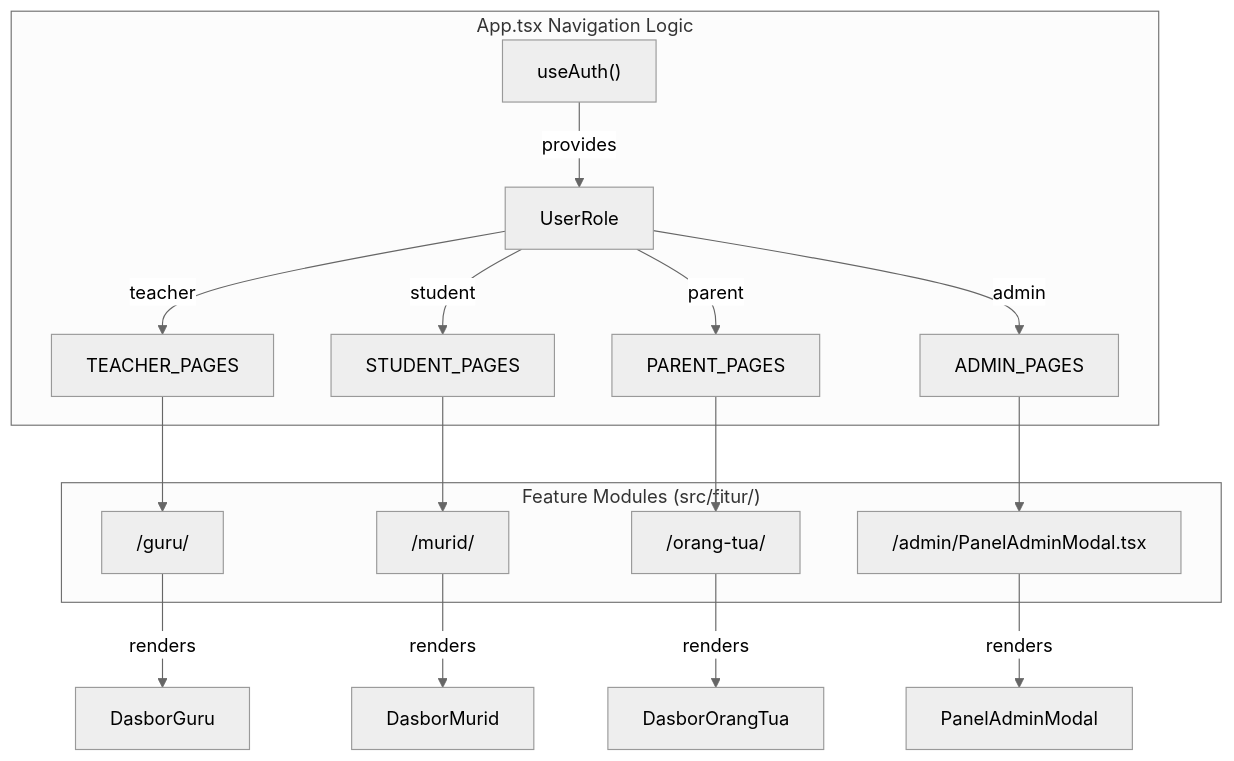
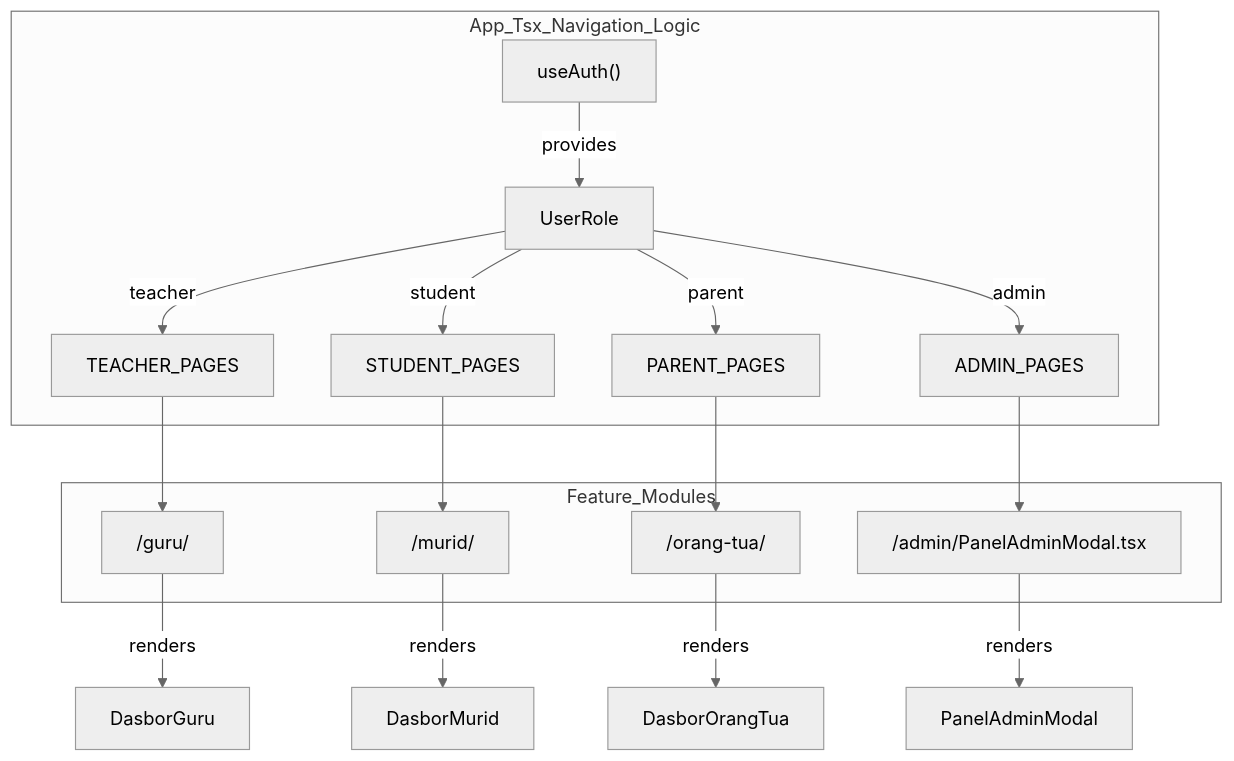
Before and after one commit to Delta-Polder-Indonesia/siakad-sekolah: diagram 11 of 24 in README.md, drawn with Mermaid (neutral theme). The commit also changed other lines of this file and 13 other files, not shown here.

````diff
--- a/README.md
+++ b/README.md
@@ -636,22 +636,22 @@
 ```mermaid
 graph TD
-    subgraph "App.tsx Navigation Logic"
+    subgraph App_Tsx_Navigation_Logic
         Auth["useAuth()"] -- provides --> Role["UserRole"]
-        Role -- "teacher" --> TP["TEACHER_PAGES"]
-        Role -- "student" --> SP["STUDENT_PAGES"]
-        Role -- "parent" --> PP["PARENT_PAGES"]
-        Role -- "admin" --> AP["ADMIN_PAGES"]
+        Role -- teacher --> TP["TEACHER_PAGES"]
+        Role -- student --> SP["STUDENT_PAGES"]
+        Role -- parent --> PP["PARENT_PAGES"]
+        Role -- admin --> AP["ADMIN_PAGES"]
     end
 
-    subgraph "Feature Modules (src/fitur/)"
+    subgraph Feature_Modules
         TP --> G["/guru/"]
         SP --> M["/murid/"]
         PP --> OT["/orang-tua/"]
         AP --> AD["/admin/PanelAdminModal.tsx"]
     end
 
-    G -- "renders" --> DG["DasborGuru"]
-    M -- "renders" --> DM["DasborMurid"]
-    OT -- "renders" --> DOT["DasborOrangTua"]
-    AD -- "renders" --> PAM["PanelAdminModal"]
+    G -- renders --> DG["DasborGuru"]
+    M -- renders --> DM["DasborMurid"]
+    OT -- renders --> DOT["DasborOrangTua"]
+    AD -- renders --> PAM["PanelAdminModal"]
 ```
````
